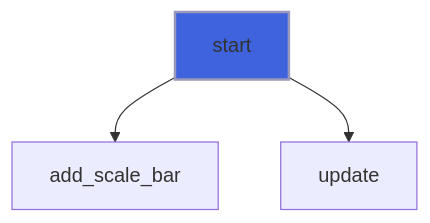
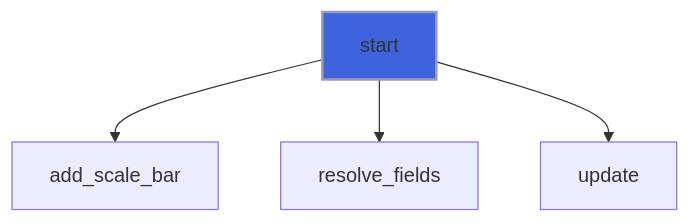
One commit to szaghi/forbear changed the fourth of 30 diagrams in docs/api/src/lib/forbear_bar_object.md. Above: the diagram before and after it, drawn with Mermaid. The commit also changed other lines of this file and 51 other files, not shown here.

````diff
--- a/docs/api/src/lib/forbear_bar_object.md
+++ b/docs/api/src/lib/forbear_bar_object.md
@@ -267,6 +330,7 @@
 ```mermaid
 flowchart TD
   start["start"] --> add_scale_bar["add_scale_bar"]
+  start["start"] --> resolve_fields["resolve_fields"]
   start["start"] --> update["update"]
   style start fill:#3e63dd,stroke:#99b,stroke-width:2px
 ```
````
